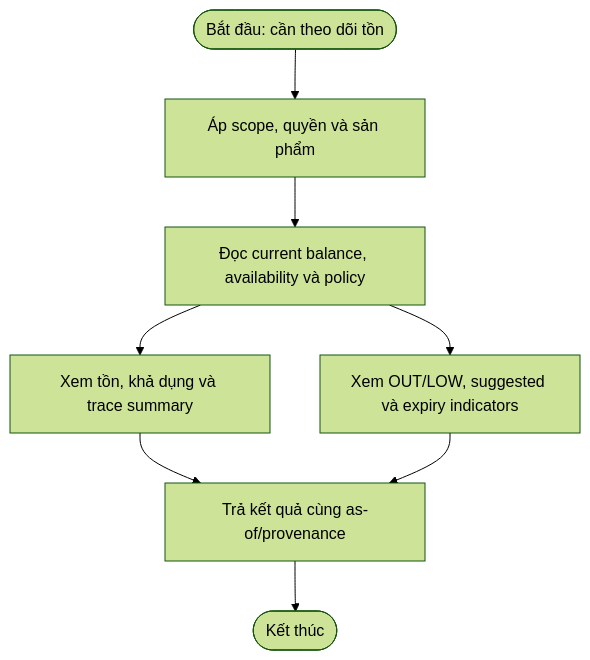
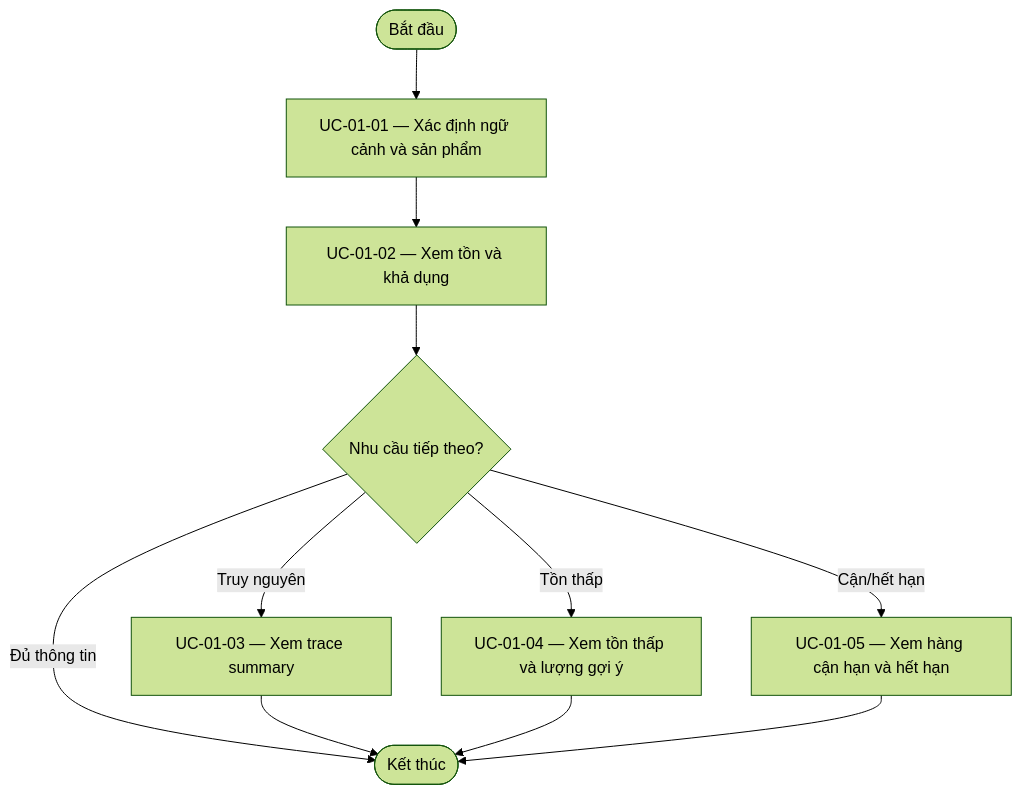
One commit to DsChien102/erp-sales-inventory changed the diagram in specs/themes/theme-07/02.specification/behavior/journeys/BJ-01-theo-doi-ton-kha-dung-va-chi-bao-van-hanh.md. Above: the diagram before and after it, drawn with Mermaid (forest theme). The commit also changed other lines of this file and 4136 other files, not shown here.

````diff
--- a/specs/themes/theme-07/02.specification/behavior/journeys/BJ-01-theo-doi-ton-kha-dung-va-chi-bao-van-hanh.md
+++ b/specs/themes/theme-07/02.specification/behavior/journeys/BJ-01-theo-doi-ton-kha-dung-va-chi-bao-van-hanh.md
@@ -51,10 +33,13 @@
 ```mermaid
 flowchart TD
-    S([Bắt đầu: cần theo dõi tồn]) --> C[Áp scope, quyền và sản phẩm]
-    C --> Q[Đọc current balance, availability và policy]
-    Q --> V[Xem tồn, khả dụng và trace summary]
-    Q --> M[Xem OUT/LOW, suggested và expiry indicators]
-    V --> R[Trả kết quả cùng as-of/provenance]
-    M --> R
-    R --> E([Kết thúc])
+    Begin([Bắt đầu]) --> U1["UC-01-01 — Xác định ngữ cảnh và sản phẩm"]
+    U1 --> U2["UC-01-02 — Xem tồn và khả dụng"]
+    U2 --> D{"Nhu cầu tiếp theo?"}
+    D -->|Truy nguyên| U3["UC-01-03 — Xem trace summary"]
+    D -->|Tồn thấp| U4["UC-01-04 — Xem tồn thấp và lượng gợi ý"]
+    D -->|Cận/hết hạn| U5["UC-01-05 — Xem hàng cận hạn và hết hạn"]
+    D -->|Đủ thông tin| End([Kết thúc])
+    U3 --> End
+    U4 --> End
+    U5 --> End
 ```
````
